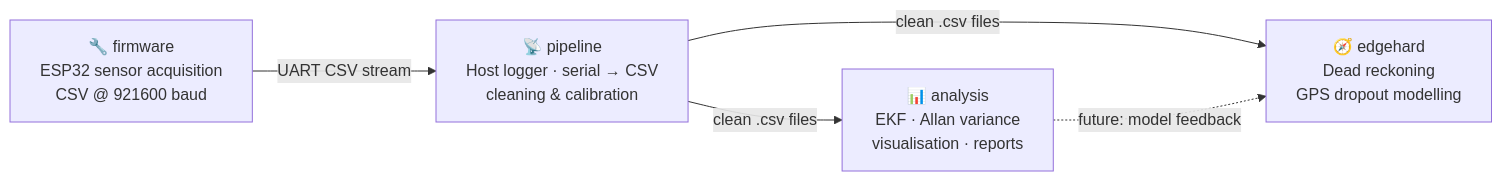
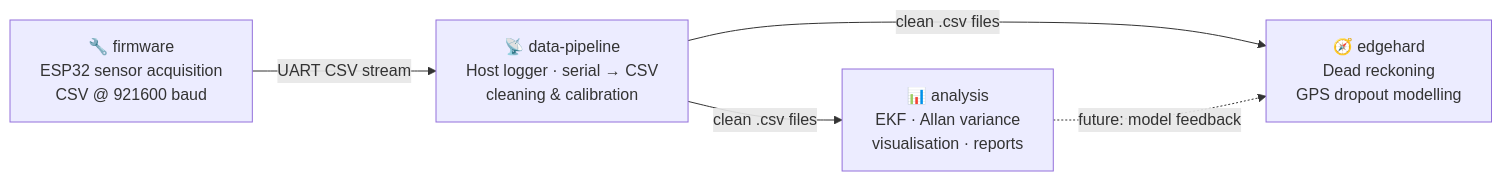
Before and after one commit to multi-sensor-navigation-system/firmware: the second of 2 diagrams in README.md, drawn with Mermaid. The commit also changed other lines of this file, not shown here.

Commit message:
update: integrate data pipeline repo links & ecosystem alignment

````diff
--- a/README.md
+++ b/README.md
@@ -350,12 +352,12 @@
 ```mermaid
 graph LR
     FW["🔧 firmware\nESP32 sensor acquisition\nCSV @ 921600 baud"]
-    PL["📡 pipeline\nHost logger · serial → CSV\ncleaning & calibration"]
+    PL["📡 data-pipeline\nHost logger · serial → CSV\ncleaning & calibration"]
     AN["📊 analysis\nEKF · Allan variance\nvisualisation · reports"]
     EH["🧭 edgehard\nDead reckoning\nGPS dropout modelling"]
 
     FW -->|"UART CSV stream"| PL
     PL -->|"clean .csv files"| AN
     PL -->|"clean .csv files"| EH
     AN -. "future: model feedback" .-> EH
 ```
````
